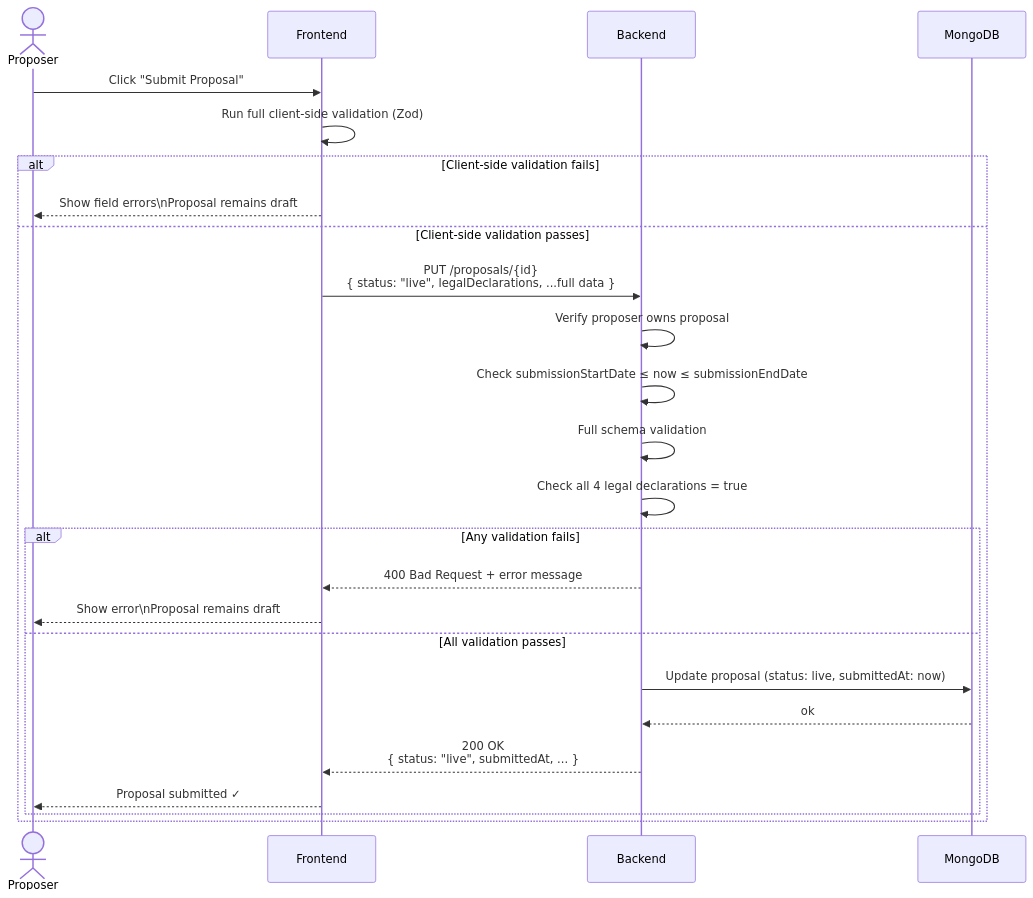
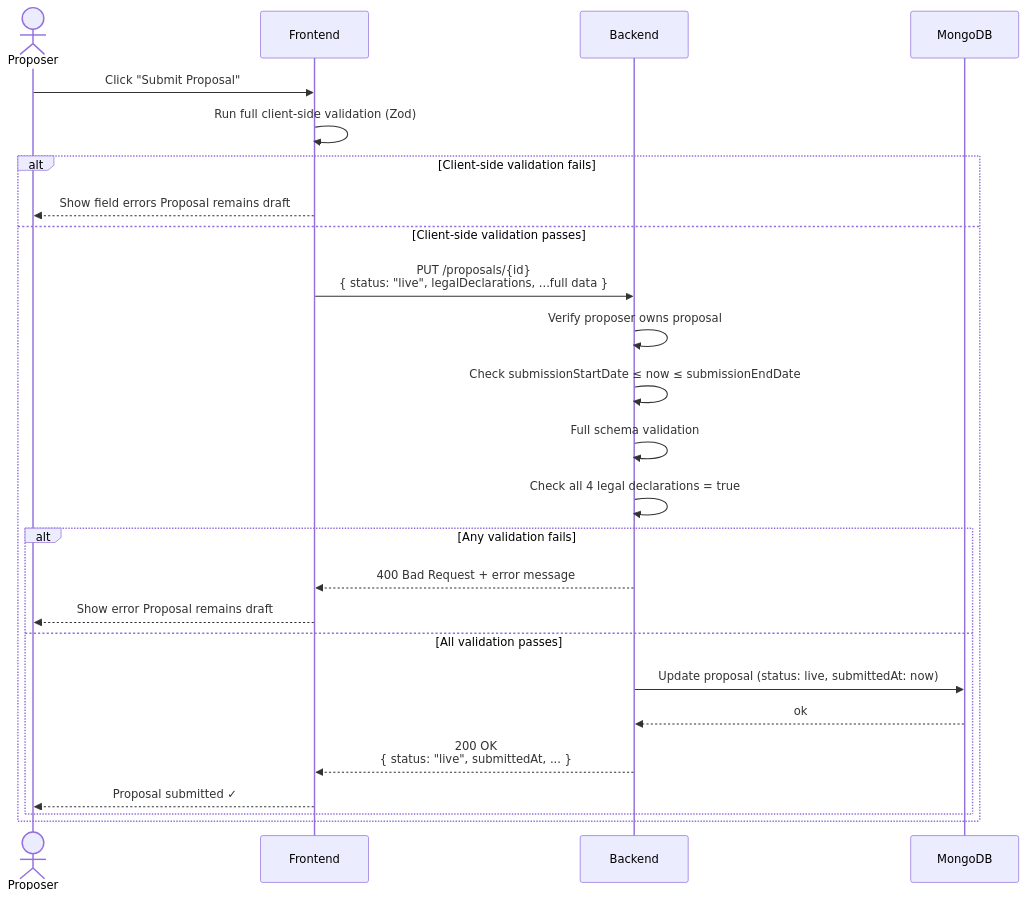
Before and after one commit to lerna-labs/ekklesia-proposal-module: the fifth of 8 diagrams in docs/proposal-flow.md, drawn with Mermaid. The commit also changed other lines of this file, not shown here.

Commit message:
GitHub is not rendering line breaks in Mermaid diagrams, updating to remove them.

````diff
--- a/docs/proposal-flow.md
+++ b/docs/proposal-flow.md
@@ -176,30 +176,30 @@
 ```mermaid
 sequenceDiagram
     actor Proposer
     participant Frontend
     participant Backend
     participant MongoDB
 
     Proposer->>Frontend: Click "Submit Proposal"
     Frontend->>Frontend: Run full client-side validation (Zod)
 
     alt Client-side validation fails
-        Frontend-->>Proposer: Show field errors\nProposal remains draft
+        Frontend-->>Proposer: Show field errors Proposal remains draft
     else Client-side validation passes
         Frontend->>Backend: PUT /proposals/{id}<br/>{ status: "live", legalDeclarations, ...full data }
         Backend->>Backend: Verify proposer owns proposal
         Backend->>Backend: Check submissionStartDate ≤ now ≤ submissionEndDate
         Backend->>Backend: Full schema validation
         Backend->>Backend: Check all 4 legal declarations = true
 
         alt Any validation fails
             Backend-->>Frontend: 400 Bad Request + error message
-            Frontend-->>Proposer: Show error\nProposal remains draft
+            Frontend-->>Proposer: Show error Proposal remains draft
         else All validation passes
             Backend->>MongoDB: Update proposal (status: live, submittedAt: now)
             MongoDB-->>Backend: ok
             Backend-->>Frontend: 200 OK<br/>{ status: "live", submittedAt, ... }
             Frontend-->>Proposer: Proposal submitted ✓
         end
     end
 ```
````
